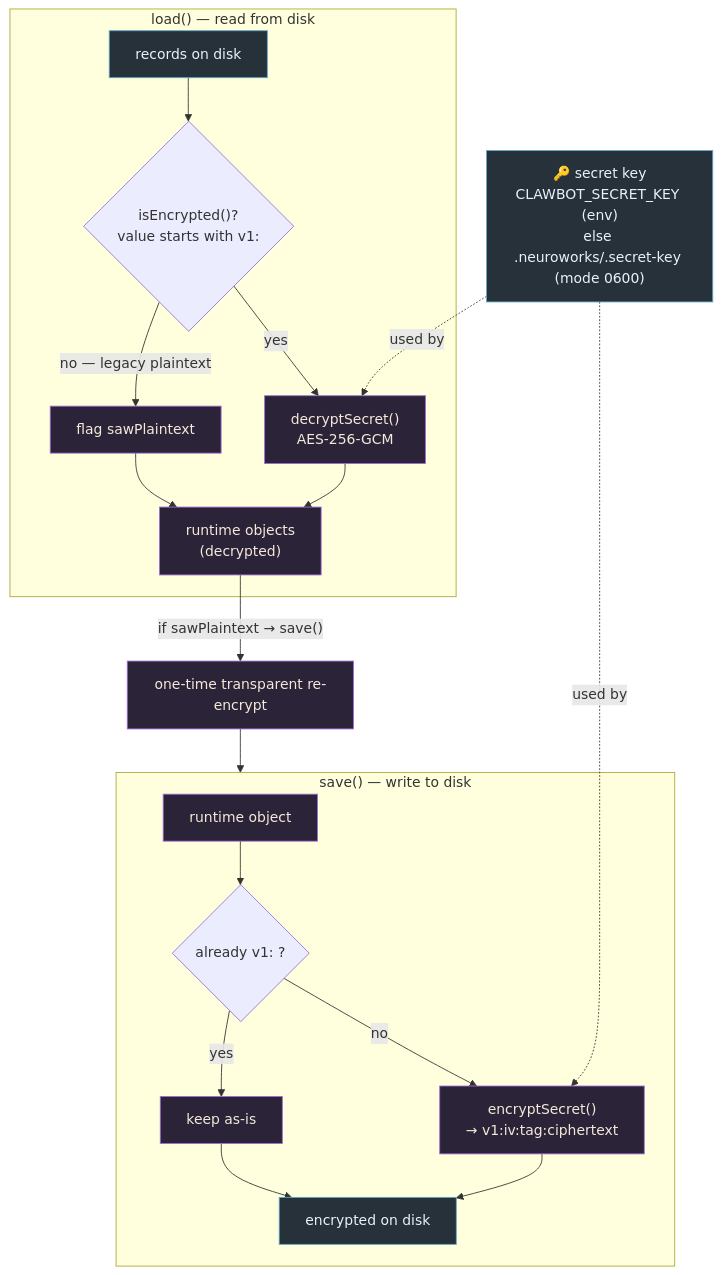
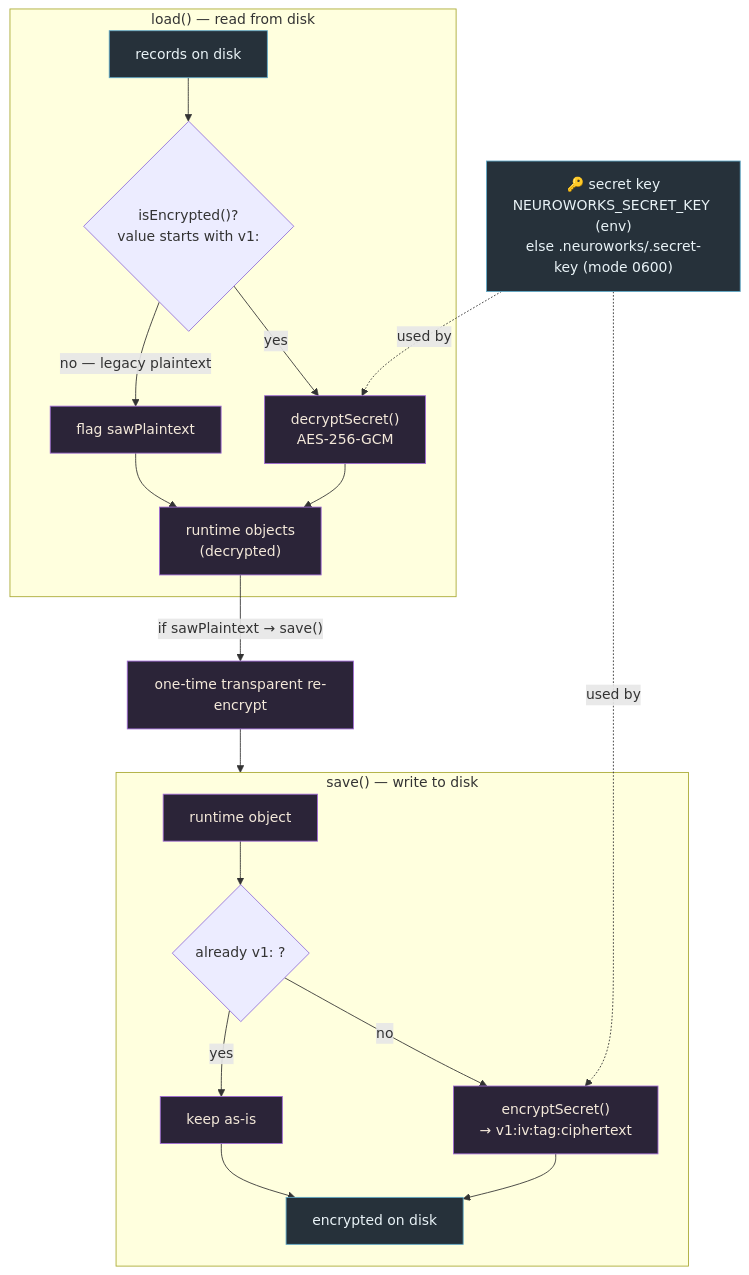
One commit to RUBIEM-DEVELOPERS-REPO/neuroworks changed the first of 4 diagrams in docs/DATA-MIGRATION.md. Above: the diagram before and after it, drawn with Mermaid. The commit also changed other lines of this file and 68 other files, not shown here.

First line of the commit message:
refactor: rename CLAWBOT_* env prefix and package identities to NEUROWORKS_*

````diff
--- a/docs/DATA-MIGRATION.md
+++ b/docs/DATA-MIGRATION.md
@@ -11,29 +11,29 @@
 ```mermaid
 flowchart TB
   classDef store fill:#26313a,stroke:#5fa8c7,color:#e9f3f7;
   classDef proc fill:#2b2438,stroke:#a06bd6,color:#f4e9da;
 
-  KEY["🔑 secret key<br/>CLAWBOT_SECRET_KEY (env)<br/>else .neuroworks/.secret-key (mode 0600)"]:::store
+  KEY["🔑 secret key<br/>NEUROWORKS_SECRET_KEY (env)<br/>else .neuroworks/.secret-key (mode 0600)"]:::store
 
   subgraph LOAD["load() — read from disk"]
     F["records on disk"]:::store --> CHK{"isEncrypted()?<br/>value starts with v1:"}
     CHK -->|yes| DEC["decryptSecret()<br/>AES-256-GCM"]:::proc
     CHK -->|"no — legacy plaintext"| MARK["flag sawPlaintext"]:::proc
     DEC --> RT["runtime objects<br/>(decrypted)"]:::proc
     MARK --> RT
   end
 
   RT -->|"if sawPlaintext → save()"| MIG["one-time transparent re-encrypt"]:::proc
 
   subgraph SAVE["save() — write to disk"]
     OBJ["runtime object"]:::proc --> Q{"already v1: ?"}
     Q -->|no| ENC["encryptSecret()<br/>→ v1:iv:tag:ciphertext"]:::proc
     Q -->|yes| KEEP["keep as-is"]:::proc
     ENC --> DISK["encrypted on disk"]:::store
     KEEP --> DISK
   end
 
   MIG --> SAVE
   KEY -. used by .-> DEC
   KEY -. used by .-> ENC
 ```
````
